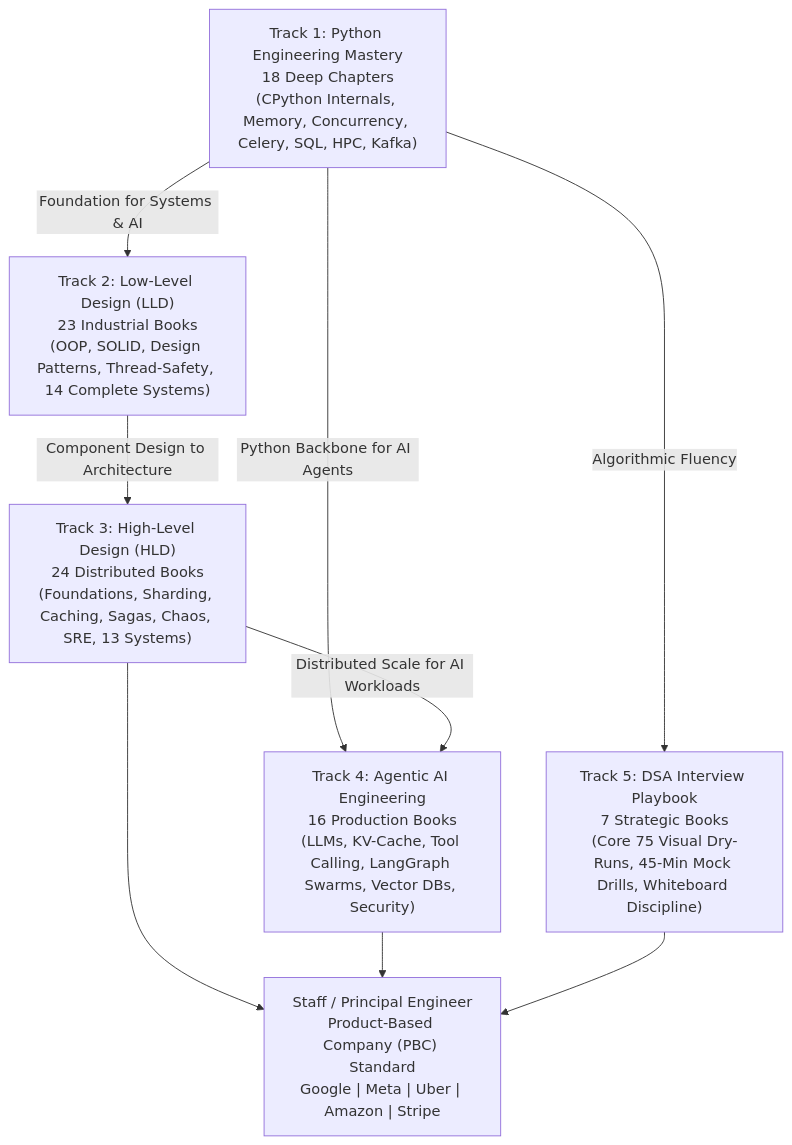
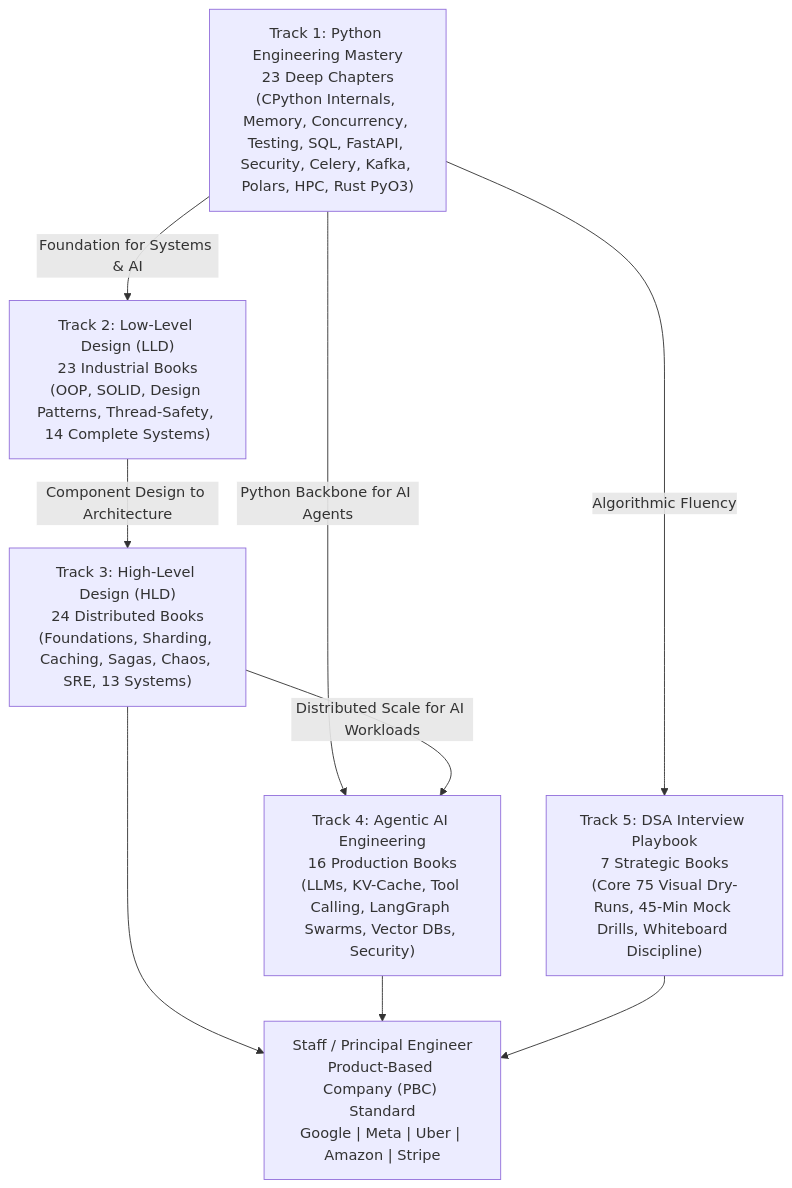
Before and after one commit to reddykarthikeya1/AI-Systems-Mastery: the diagram in README.md, drawn with Mermaid. The commit also changed other lines of this file and 110 other files, not shown here.

Commit message:
feat: enrich Python Mastery track with 23 chapters, optimal pedagogical ordering, video guide & HTML portal

````diff
--- a/README.md
+++ b/README.md
@@ -27,20 +27,20 @@
 ```mermaid
 flowchart TD
-    T1["Track 1: Python Engineering Mastery<br/>18 Deep Chapters<br/>(CPython Internals, Memory, Concurrency, Celery, SQL, HPC, Kafka)"]
+    T1["Track 1: Python Engineering Mastery<br/>23 Deep Chapters<br/>(CPython Internals, Memory, Concurrency, Testing, SQL, FastAPI, Security, Celery, Kafka, Polars, HPC, Rust PyO3)"]
     T2["Track 2: Low-Level Design (LLD)<br/>23 Industrial Books<br/>(OOP, SOLID, Design Patterns, Thread-Safety, 14 Complete Systems)"]
     T3["Track 3: High-Level Design (HLD)<br/>24 Distributed Books<br/>(Foundations, Sharding, Caching, Sagas, Chaos, SRE, 13 Systems)"]
     T4["Track 4: Agentic AI Engineering<br/>16 Production Books<br/>(LLMs, KV-Cache, Tool Calling, LangGraph Swarms, Vector DBs, Security)"]
     T5["Track 5: DSA Interview Playbook<br/>7 Strategic Books<br/>(Core 75 Visual Dry-Runs, 45-Min Mock Drills, Whiteboard Discipline)"]
 
     PBC["Staff / Principal Engineer<br/>Product-Based Company (PBC) Standard<br/>Google | Meta | Uber | Amazon | Stripe"]
 
     T1 -->|Foundation for Systems & AI| T2
     T2 -->|Component Design to Architecture| T3
     T1 -->|Python Backbone for AI Agents| T4
     T3 -->|Distributed Scale for AI Workloads| T4
     T1 -->|Algorithmic Fluency| T5
     
     T3 --> PBC
     T4 --> PBC
     T5 --> PBC
 ```
````
